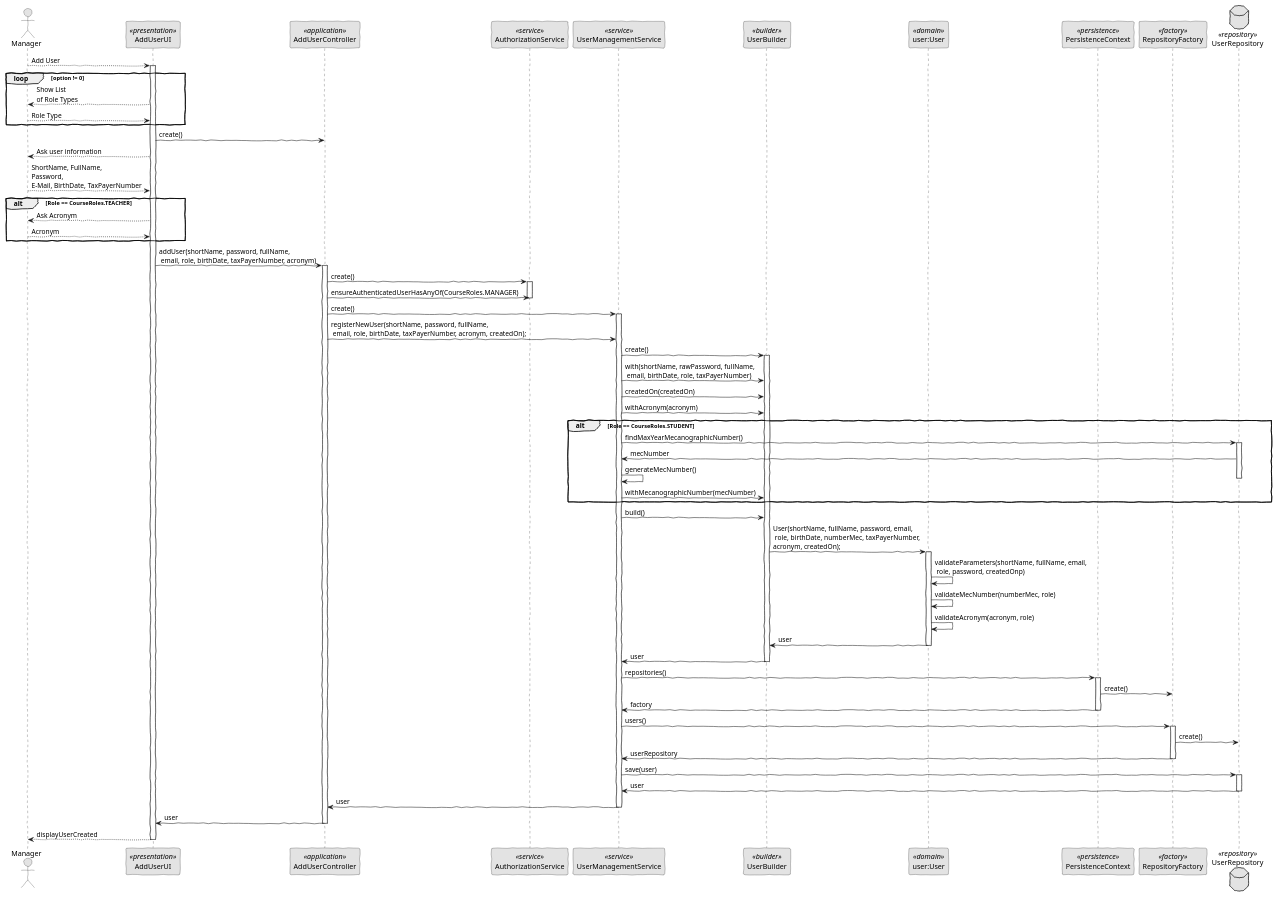
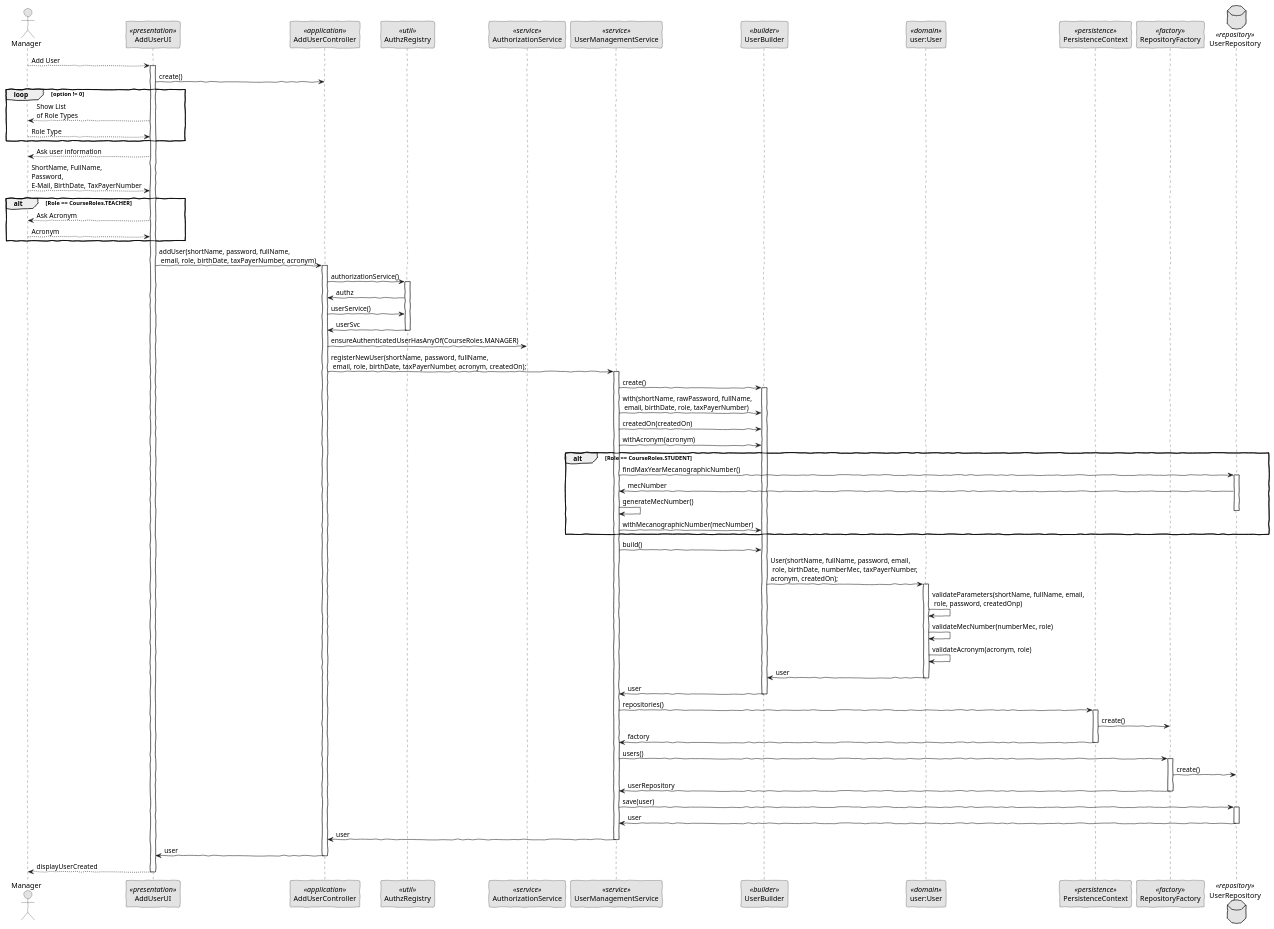
One commit to brunacosta03/sem4pi_22_23 changed the diagram in docs/SPRINT B/US_1001/SD/RegisterUser-SD.puml. Above: the diagram before and after it, drawn with PlantUML. The commit also changed 13 other files, not shown here.

Commit message:
docs: add AuthzRegistry to uml

```diff
--- a/docs/SPRINT B/US_1001/SD/RegisterUser-SD.puml
+++ b/docs/SPRINT B/US_1001/SD/RegisterUser-SD.puml
@@ -1,102 +1,109 @@
 @startuml
 'http://plantuml.com/skinparam.html
 skinparam handwritten true
 skinparam monochrome true
 skinparam packageStyle rect
 skinparam defaultFontName FG Virgil
 skinparam shadowing false
 
 actor Manager as Actor
 participant AddUserUI as UI <<presentation>>
 participant AddUserController as Controller <<application>>
+participant AuthzRegistry as Registry <<util>>
 participant AuthorizationService as AuthzService <<service>>
 participant UserManagementService as Service <<service>>
 participant UserBuilder as Builder <<builder>>
 participant "user:User" as Domain <<domain>>
 participant PersistenceContext as Persistence <<persistence>>
 participant RepositoryFactory as Factory <<factory>>
 database UserRepository as Repository <<repository>>
 
 
 Actor --> UI: Add User
 activate UI
+    UI -> Controller: create()
+    
     loop option != 0
         UI --> Actor: Show List\nof Role Types
         Actor --> UI: Role Type
     end
 
-    UI -> Controller: create()
     UI --> Actor: Ask user information
 
     Actor --> UI: ShortName, FullName,\nPassword,\nE-Mail, BirthDate, TaxPayerNumber
 
 
     alt Role == CourseRoles.TEACHER
         UI --> Actor: Ask Acronym
         Actor --> UI: Acronym
     end
 
         
     UI -> Controller: addUser(shortName, password, fullName,\n email, role, birthDate, taxPayerNumber, acronym)
     activate Controller
 
-        Controller -> AuthzService: create()
-        activate AuthzService
+        Controller -> Registry: authorizationService()
+        activate Registry
+        Registry -> Controller: authz
+        Controller -> Registry: userService()
+        Registry -> Controller: userSvc
+        deactivate Registry
+
+
         Controller -> AuthzService: ensureAuthenticatedUserHasAnyOf(CourseRoles.MANAGER)
-        deactivate AuthzService
 
-    Controller -> Service: create()
+
+    Controller -> Service: registerNewUser(shortName, password, fullName,\n email, role, birthDate, taxPayerNumber, acronym, createdOn);
     activate Service
-    Controller -> Service: registerNewUser(shortName, password, fullName,\n email, role, birthDate, taxPayerNumber, acronym, createdOn);
-    
+
     Service -> Builder: create()
         activate Builder
         Service -> Builder: with(shortName, rawPassword, fullName,\n email, birthDate, role, taxPayerNumber)
         Service -> Builder: createdOn(createdOn)
         Service -> Builder: withAcronym(acronym)
 
         alt Role == CourseRoles.STUDENT
             Service -> Repository: findMaxYearMecanographicNumber()
             activate Repository
             Repository -> Service: mecNumber
             Service -> Service: generateMecNumber()
             deactivate Repository
             Service -> Builder: withMecanographicNumber(mecNumber)
         end
 
         Service -> Builder: build()
         Builder -> Domain: User(shortName, fullName, password, email,\n role, birthDate, numberMec, taxPayerNumber,\nacronym, createdOn);
         activate Domain
             Domain -> Domain: validateParameters(shortName, fullName, email,\n role, password, createdOnp)
             Domain -> Domain: validateMecNumber(numberMec, role)
             Domain -> Domain: validateAcronym(acronym, role)
             Domain -> Builder: user
         deactivate Domain
             Builder -> Service: user
         deactivate Builder
 
         Service -> Persistence: repositories()
         activate Persistence
         Persistence -> Factory: create()
         Persistence -> Service: factory
         deactivate Persistence
 
         Service -> Factory: users()
         activate Factory
         Factory -> Repository: create()
         Factory -> Service: userRepository
         deactivate Factory
 
         Service -> Repository:save(user)
         activate Repository
         Repository -> Service:user
         deactivate Repository
 
         Service -> Controller:user
         deactivate Service
         Controller -> UI:user
         deactivate Controller
         UI --> Actor: displayUserCreated
 
 deactivate UI
 @enduml
```
